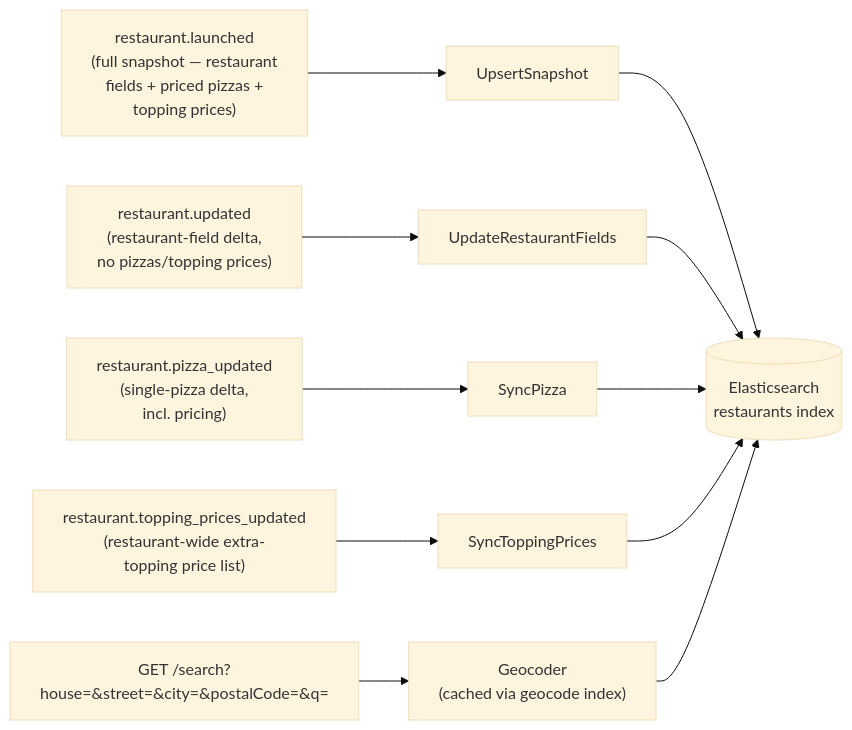
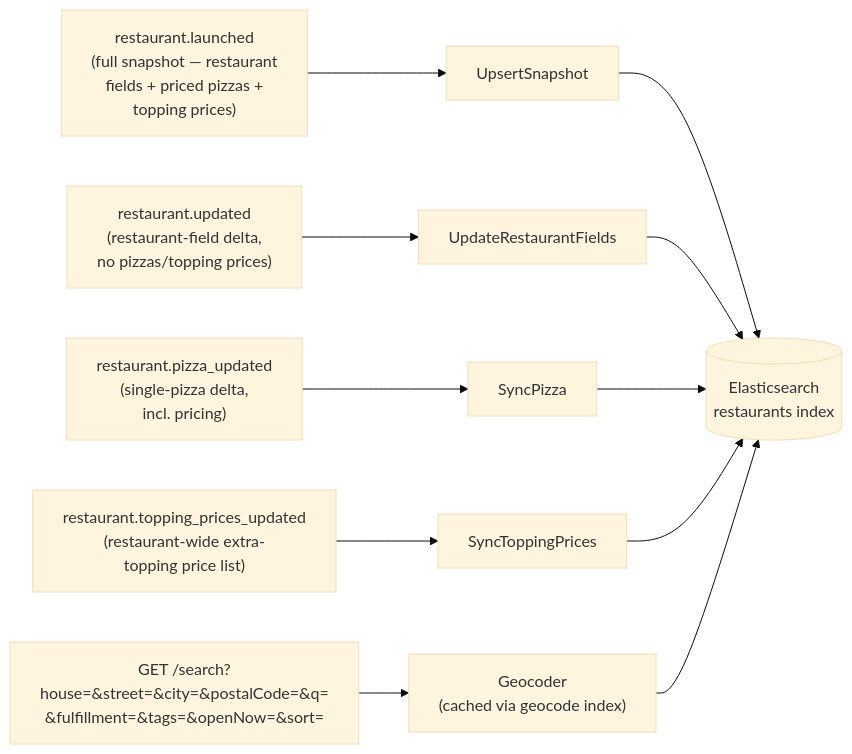
Before and after one commit to tarique-iqbal/pizza-marketplace: the diagram in docs/services/search-service.md, drawn with Mermaid (base theme). The commit also changed other lines of this file, not shown here.

Commit message:
docs: update fulfillment/filter/sort coverage

````diff
--- a/docs/services/search-service.md
+++ b/docs/services/search-service.md
@@ -180,13 +204,13 @@
 ```mermaid
 flowchart LR
     E1["restaurant.launched\n(full snapshot — restaurant\nfields + priced pizzas +\ntopping prices)"] --> H1["UpsertSnapshot"]
     E2["restaurant.updated\n(restaurant-field delta,\nno pizzas/topping prices)"] --> H2["UpdateRestaurantFields"]
     E3["restaurant.pizza_updated\n(single-pizza delta,\nincl. pricing)"] --> H3["SyncPizza"]
     E4["restaurant.topping_prices_updated\n(restaurant-wide extra-\ntopping price list)"] --> H4["SyncToppingPrices"]
     H1 --> ES[("Elasticsearch\nrestaurants index")]
     H2 --> ES
     H3 --> ES
     H4 --> ES
-    API["GET /search?house=&street=&city=&postalCode=&q="] --> GEO["Geocoder\n(cached via geocode index)"]
+    API["GET /search?house=&street=&city=&postalCode=&q=\n&fulfillment=&tags=&openNow=&sort="] --> GEO["Geocoder\n(cached via geocode index)"]
     GEO --> ES
 ```
````
